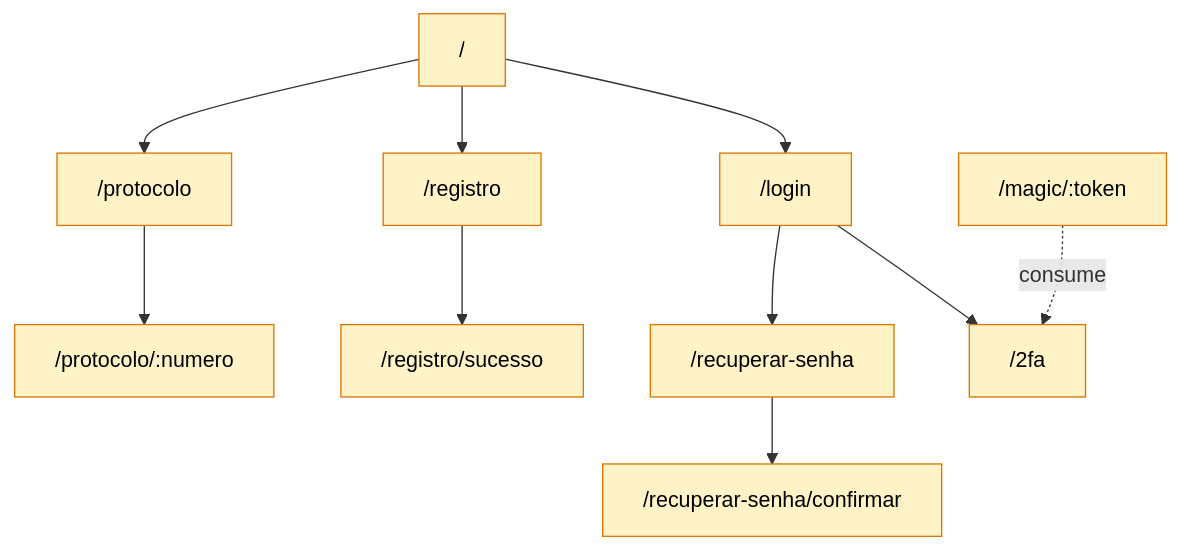
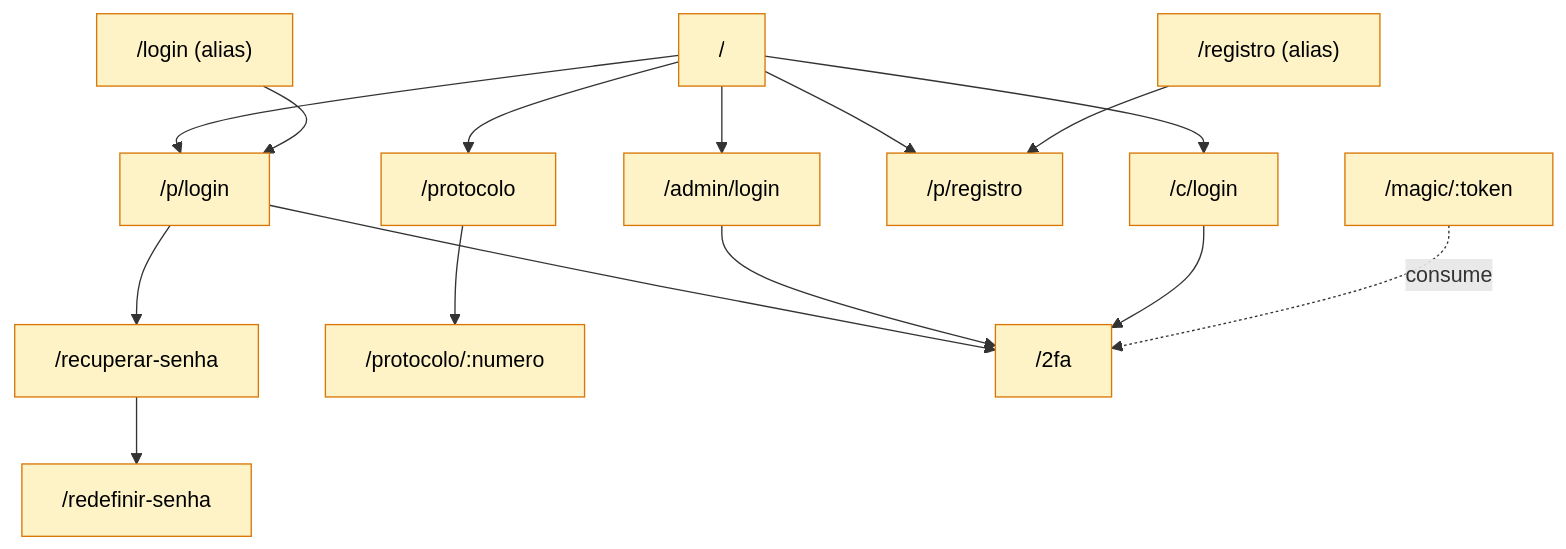
One commit to bonacciniWd/mercurio-capital changed the third of 28 diagrams in docs/design/10-blueprint-visual.md. Above: the diagram before and after it, drawn with Mermaid. The commit also changed 14 other files, not shown here.

````diff
--- a/docs/design/10-blueprint-visual.md
+++ b/docs/design/10-blueprint-visual.md
@@ -144,20 +144,27 @@
 ```mermaid
 flowchart TB
   classDef pub fill:#fef3c7,stroke:#d97706,color:#000
   R0["/"]:::pub
-  R1["/login"]:::pub
-  R2["/registro"]:::pub
-  R2b["/registro/sucesso"]:::pub
+  R1["/p/login"]:::pub
+  R1a["/login (alias)"]:::pub
+  R1b["/admin/login"]:::pub
+  R1c["/c/login"]:::pub
+  R2["/p/registro"]:::pub
+  R2a["/registro (alias)"]:::pub
   R3["/recuperar-senha"]:::pub
-  R3b["/recuperar-senha/confirmar"]:::pub
+  R3b["/redefinir-senha"]:::pub
   R4["/protocolo"]:::pub
   R4b["/protocolo/:numero"]:::pub
   R5["/magic/:token"]:::pub
   R6["/2fa"]:::pub
 
   R0 --> R1 --> R6
-  R0 --> R2 --> R2b
+  R1a --> R1
+  R0 --> R1b --> R6
+  R0 --> R1c --> R6
+  R0 --> R2
+  R2a --> R2
   R1 --> R3 --> R3b
   R0 --> R4 --> R4b
   R5 -.consume.-> R6
 ```
````
